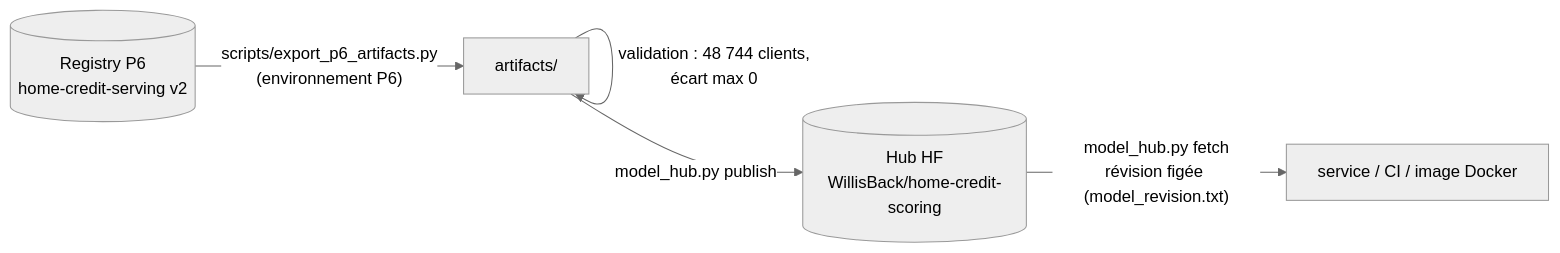
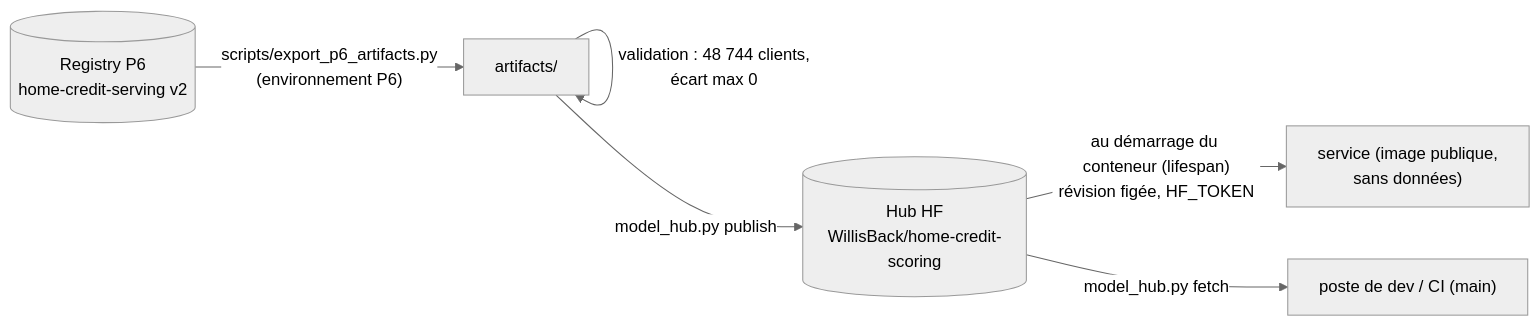
Before and after one commit to WillIsback/OC-AIE-P8-Confirmez-vos-competences-en-MLOps-Partie-2: the diagram in docs/artefacts.md, drawn with Mermaid (neutral theme). The commit also changed other lines of this file and 19 other files, not shown here.

First line of the commit message:
feat: image Docker, tests, CI/CD et déploiement sur le Space (v0.2.0) (#28)

````diff
--- a/docs/artefacts.md
+++ b/docs/artefacts.md
@@ -18,7 +18,8 @@
 ```mermaid
 flowchart LR
   p6[("Registry P6<br/>home-credit-serving v2")] -->|"scripts/export_p6_artifacts.py<br/>(environnement P6)"| art["artifacts/"]
   art -->|"validation : 48 744 clients,<br/>écart max 0"| art
   art -->|"model_hub.py publish"| hub[("Hub HF<br/>WillisBack/home-credit-scoring")]
-  hub -->|"model_hub.py fetch<br/>révision figée (model_revision.txt)"| svc["service / CI / image Docker"]
+  hub -->|"au démarrage du conteneur (lifespan)<br/>révision figée, HF_TOKEN"| svc["service (image publique,<br/>sans données)"]
+  hub -->|"model_hub.py fetch"| dev["poste de dev / CI (main)"]
 ```
````
